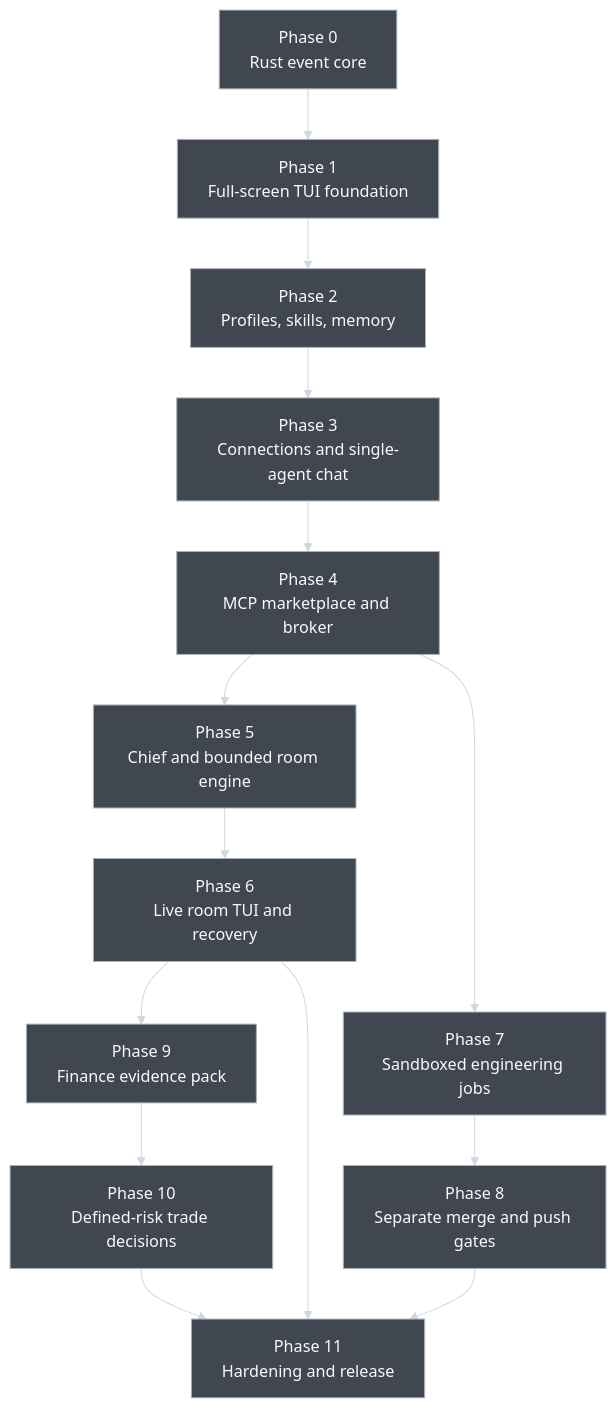
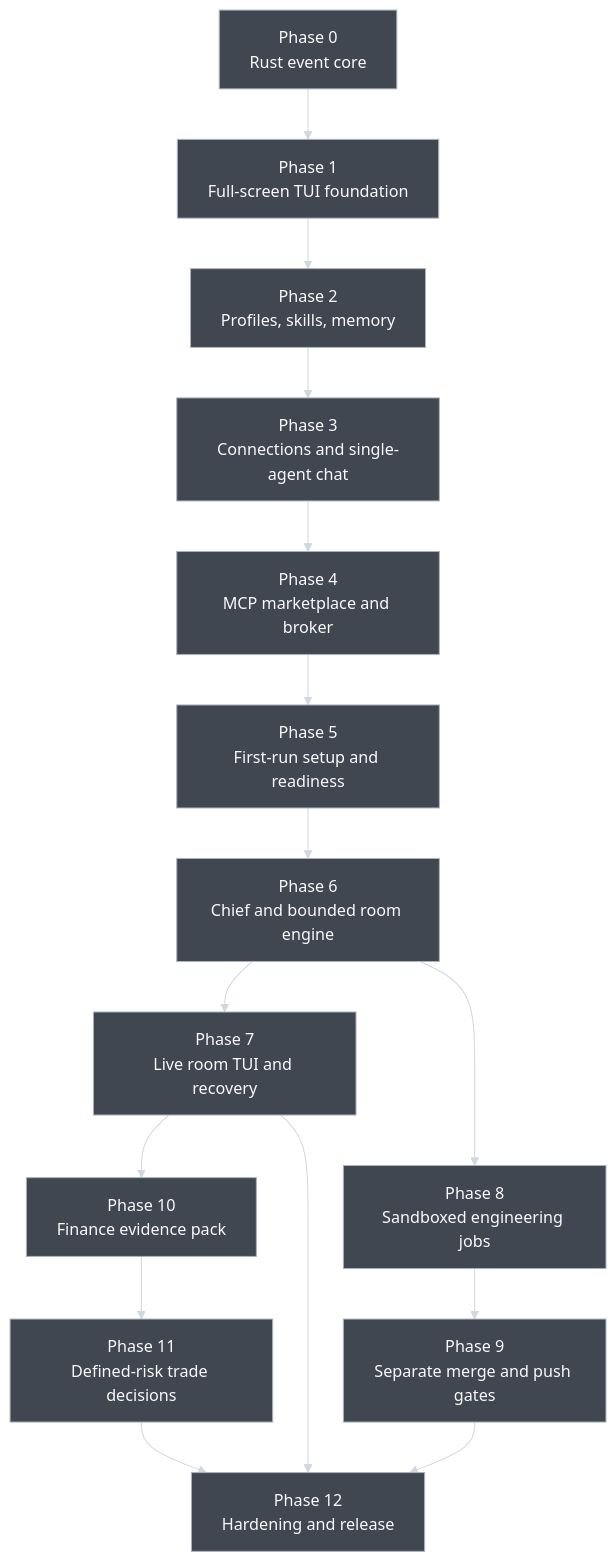
One commit to nsnguyen/ai-stock-forum changed the diagram in phases.md. Above: the diagram before and after it, drawn with Mermaid. The commit also changed other lines of this file and 1 other file, not shown here.

Commit message:
docs: add version 1 onboarding flow

````diff
--- a/phases.md
+++ b/phases.md
@@ -75,41 +75,42 @@
 ```mermaid
 ---
 config:
   theme: base
   themeCSS: "svg { background-color: #2B2F36 !important; }"
   themeVariables:
     darkMode: true
     background: "#2B2F36"
     primaryColor: "#414750"
     primaryTextColor: "#F8F9FA"
     primaryBorderColor: "#AAB2BD"
     secondaryColor: "#343A40"
     secondaryTextColor: "#F8F9FA"
     secondaryBorderColor: "#9AA4AF"
     tertiaryColor: "#4B525C"
     tertiaryTextColor: "#FFFFFF"
     tertiaryBorderColor: "#C5CCD3"
     lineColor: "#D0D7DE"
     textColor: "#F8F9FA"
     edgeLabelBackground: "#343A40"
     clusterBkg: "#30353C"
     clusterBorder: "#8C959F"
 ---
 flowchart TB
     P0["Phase 0<br/>Rust event core"] --> P1["Phase 1<br/>Full-screen TUI foundation"]
     P1 --> P2["Phase 2<br/>Profiles, skills, memory"]
     P2 --> P3["Phase 3<br/>Connections and single-agent chat"]
     P3 --> P4["Phase 4<br/>MCP marketplace and broker"]
-    P4 --> P5["Phase 5<br/>Chief and bounded room engine"]
-    P5 --> P6["Phase 6<br/>Live room TUI and recovery"]
+    P4 --> P5["Phase 5<br/>First-run setup and readiness"]
+    P5 --> P6["Phase 6<br/>Chief and bounded room engine"]
+    P6 --> P7["Phase 7<br/>Live room TUI and recovery"]
 
-    P4 --> P7["Phase 7<br/>Sandboxed engineering jobs"]
-    P7 --> P8["Phase 8<br/>Separate merge and push gates"]
+    P6 --> P8["Phase 8<br/>Sandboxed engineering jobs"]
+    P8 --> P9["Phase 9<br/>Separate merge and push gates"]
 
-    P6 --> P9["Phase 9<br/>Finance evidence pack"]
-    P9 --> P10["Phase 10<br/>Defined-risk trade decisions"]
+    P7 --> P10["Phase 10<br/>Finance evidence pack"]
+    P10 --> P11["Phase 11<br/>Defined-risk trade decisions"]
 
-    P6 --> P11["Phase 11<br/>Hardening and release"]
-    P8 --> P11
-    P10 --> P11
+    P7 --> P12["Phase 12<br/>Hardening and release"]
+    P9 --> P12
+    P11 --> P12
 ```
````
